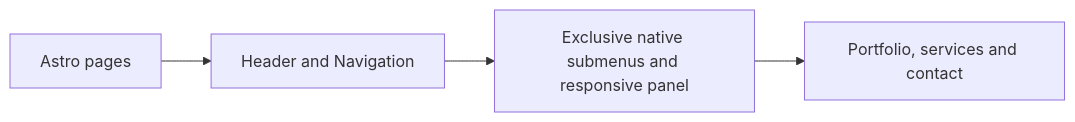
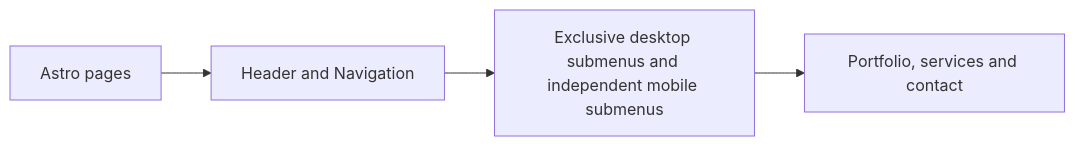
One commit to anoblet/astronautical-apogee changed the diagram in src/components/readme.md. Above: the diagram before and after it, drawn with Mermaid. The commit also changed other lines of this file and 1 other file, not shown here.

Commit message:
fix(navigation): limit exclusive submenus to desktop

````diff
--- a/src/components/readme.md
+++ b/src/components/readme.md
@@ -11,6 +12,6 @@
 ```mermaid
 flowchart LR
   Routes[Astro pages] --> Header[Header and Navigation]
-  Header --> Menu[Exclusive native submenus and responsive panel]
+  Header --> Menu[Exclusive desktop submenus and independent mobile submenus]
   Menu --> Destinations[Portfolio, services and contact]
 ```
````
